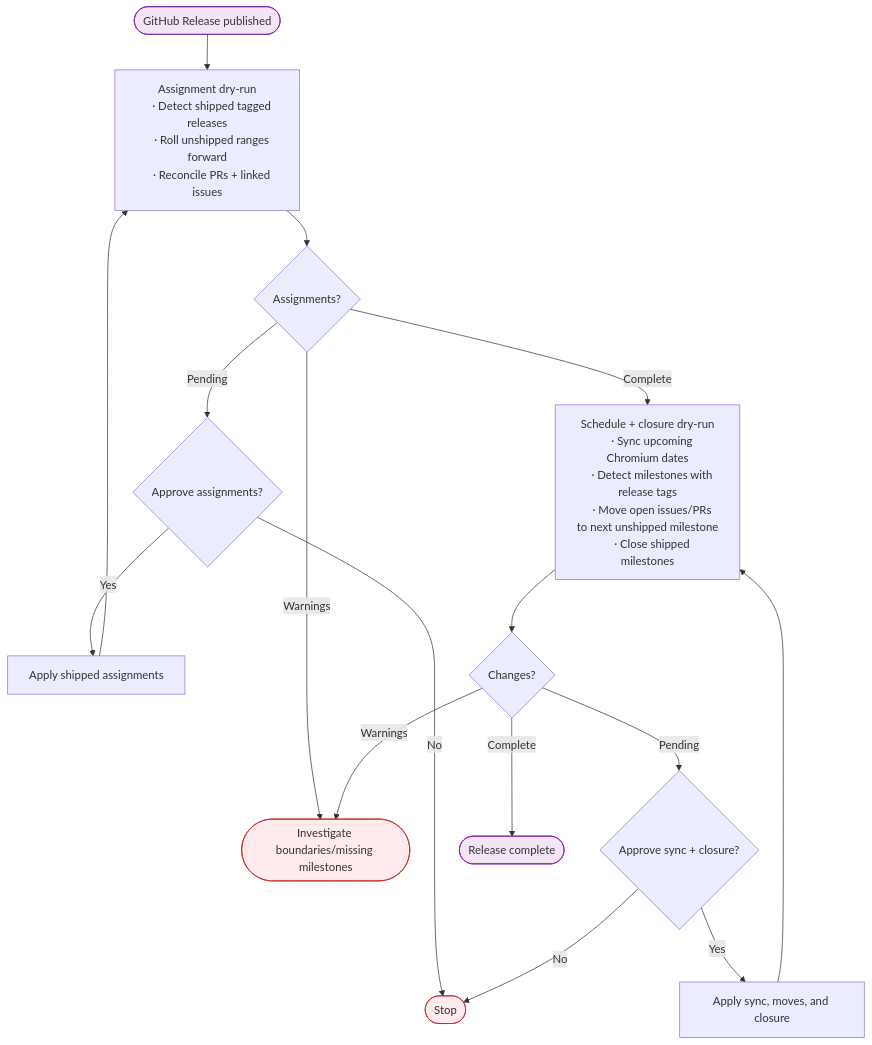
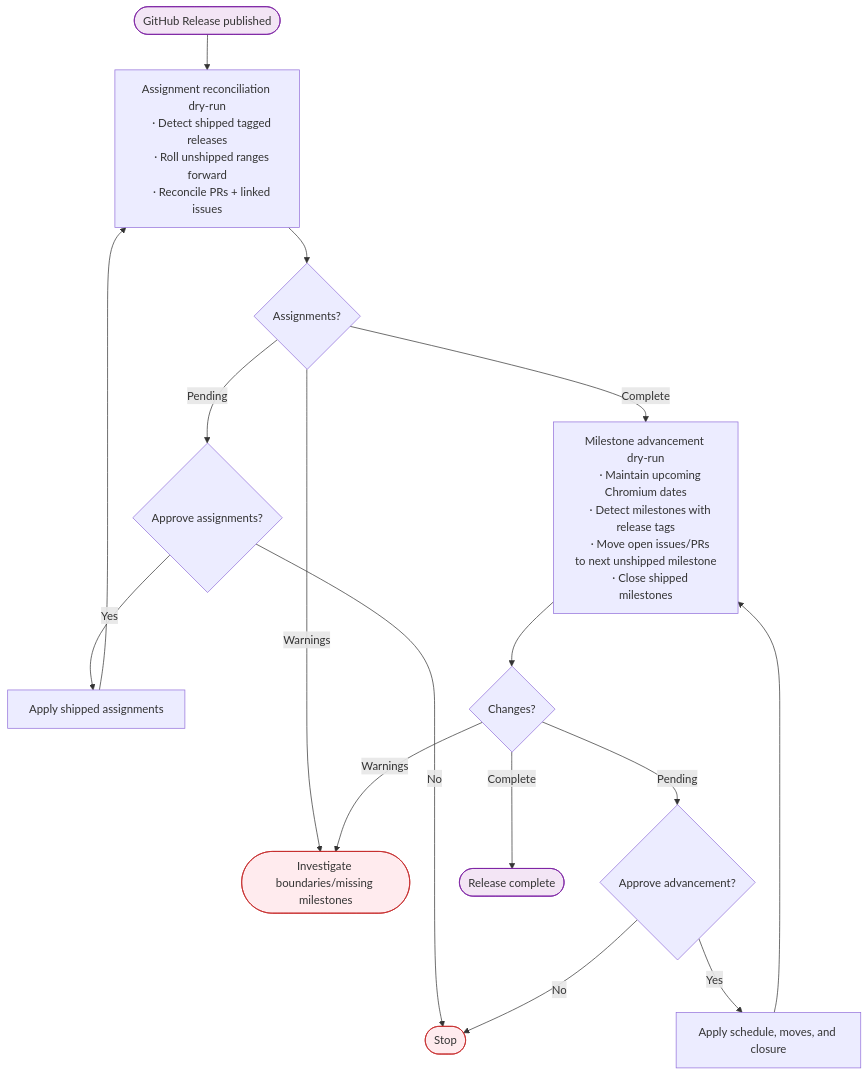
One commit to mono/SkiaSharp changed the fourth of 4 diagrams in documentation/dev/releasing.md. Above: the diagram before and after it, drawn with Mermaid. The commit also changed other lines of this file and 9 other files, not shown here.

First line of the commit message:
Rename milestone release operations

````diff
--- a/documentation/dev/releasing.md
+++ b/documentation/dev/releasing.md
@@ -299,30 +299,30 @@
 ```mermaid
 flowchart TB
-    START([GitHub Release published]) --> AUDIT
-    AUDIT["Assignment dry-run
+    START([GitHub Release published]) --> RECONCILE
+    RECONCILE["Assignment reconciliation dry-run
     ∙ Detect shipped tagged releases
     ∙ Roll unshipped ranges forward
-    ∙ Reconcile PRs + linked issues"] --> AUDIT_DECIDE{Assignments?}
-    AUDIT_DECIDE -->|Warnings| BLOCKED([Investigate boundaries/missing milestones])
-    AUDIT_DECIDE -->|Pending| AUDIT_APPROVE{Approve assignments?}
-    AUDIT_APPROVE -->|No| STOP([Stop])
-    AUDIT_APPROVE -->|Yes| AUDIT_APPLY[Apply shipped assignments]
-    AUDIT_APPLY --> AUDIT
-    AUDIT_DECIDE -->|Complete| SYNC
-    SYNC["Schedule + closure dry-run
-    ∙ Sync upcoming Chromium dates
+    ∙ Reconcile PRs + linked issues"] --> RECONCILE_DECIDE{Assignments?}
+    RECONCILE_DECIDE -->|Warnings| BLOCKED([Investigate boundaries/missing milestones])
+    RECONCILE_DECIDE -->|Pending| RECONCILE_APPROVE{Approve assignments?}
+    RECONCILE_APPROVE -->|No| STOP([Stop])
+    RECONCILE_APPROVE -->|Yes| RECONCILE_APPLY[Apply shipped assignments]
+    RECONCILE_APPLY --> RECONCILE
+    RECONCILE_DECIDE -->|Complete| ADVANCE
+    ADVANCE["Milestone advancement dry-run
+    ∙ Maintain upcoming Chromium dates
     ∙ Detect milestones with release tags
     ∙ Move open issues/PRs to next unshipped milestone
-    ∙ Close shipped milestones"] --> SYNC_DECIDE{Changes?}
-    SYNC_DECIDE -->|Warnings| BLOCKED
-    SYNC_DECIDE -->|Pending| SYNC_APPROVE{Approve sync + closure?}
-    SYNC_APPROVE -->|No| STOP
-    SYNC_APPROVE -->|Yes| SYNC_APPLY[Apply sync, moves, and closure]
-    SYNC_APPLY --> SYNC
-    SYNC_DECIDE -->|Complete| DONE([Release complete])
+    ∙ Close shipped milestones"] --> ADVANCE_DECIDE{Changes?}
+    ADVANCE_DECIDE -->|Warnings| BLOCKED
+    ADVANCE_DECIDE -->|Pending| ADVANCE_APPROVE{Approve advancement?}
+    ADVANCE_APPROVE -->|No| STOP
+    ADVANCE_APPROVE -->|Yes| ADVANCE_APPLY[Apply schedule, moves, and closure]
+    ADVANCE_APPLY --> ADVANCE
+    ADVANCE_DECIDE -->|Complete| DONE([Release complete])
 
     classDef error fill:#ffebee,stroke:#c62828
     classDef endpoint fill:#f3e5f5,stroke:#7b1fa2
     class BLOCKED,STOP error
     class START,DONE endpoint
 ```
````
